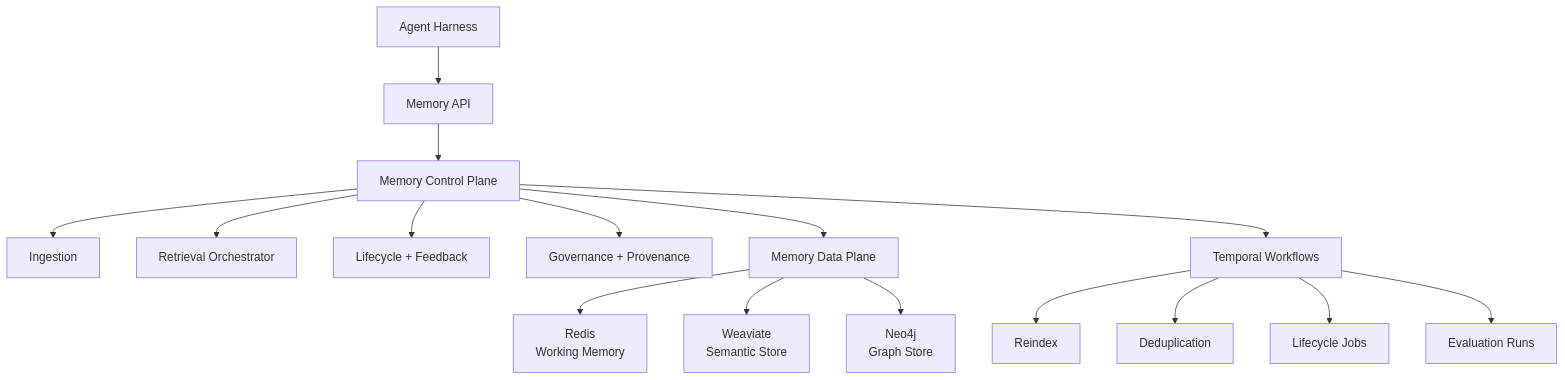
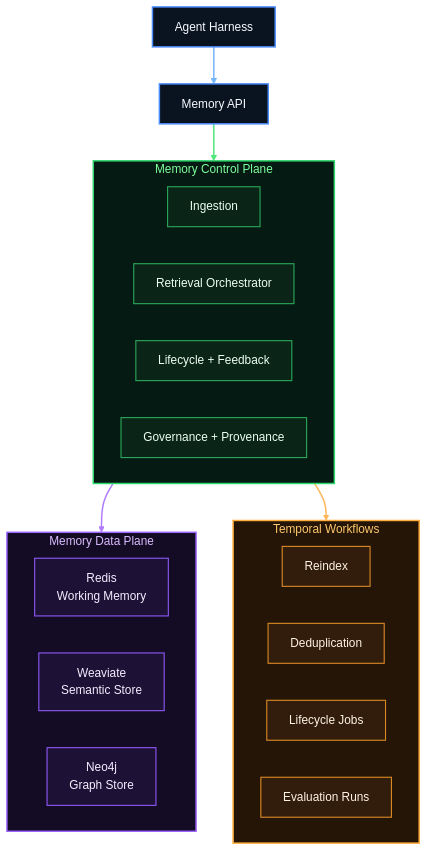
The diagram in README.md (EddiksonPena/Chronogram), drawn with Mermaid before and after one commit.

Commit message:
Refine README architecture styling

````diff
--- a/README.md
+++ b/README.md
@@ -61,20 +61,55 @@
 ```mermaid
 flowchart TD
-    A["Agent Harness"] --> B["Memory API"]
-    B --> C["Memory Control Plane"]
-    C --> C1["Ingestion"]
-    C --> C2["Retrieval Orchestrator"]
-    C --> C3["Lifecycle + Feedback"]
-    C --> C4["Governance + Provenance"]
+    A["Agent Harness"]
+    B["Memory API"]
 
-    C --> D["Memory Data Plane"]
-    D --> D1["Redis\nWorking Memory"]
-    D --> D2["Weaviate\nSemantic Store"]
-    D --> D3["Neo4j\nGraph Store"]
+    A --> B
 
-    C --> E["Temporal Workflows"]
-    E --> E1["Reindex"]
-    E --> E2["Deduplication"]
-    E --> E3["Lifecycle Jobs"]
-    E --> E4["Evaluation Runs"]
+    subgraph C["Memory Control Plane"]
+        direction LR
+        C1["Ingestion"]
+        C2["Retrieval Orchestrator"]
+        C3["Lifecycle + Feedback"]
+        C4["Governance + Provenance"]
+    end
+
+    subgraph D["Memory Data Plane"]
+        direction LR
+        D1["Redis<br/>Working Memory"]
+        D2["Weaviate<br/>Semantic Store"]
+        D3["Neo4j<br/>Graph Store"]
+    end
+
+    subgraph E["Temporal Workflows"]
+        direction LR
+        E1["Reindex"]
+        E2["Deduplication"]
+        E3["Lifecycle Jobs"]
+        E4["Evaluation Runs"]
+    end
+
+    B --> C
+    C --> D
+    C --> E
+
+    classDef top fill:#0a1320,stroke:#4c8dff,color:#f8fbff,stroke-width:2px;
+    classDef control fill:#051a12,stroke:#2fd66b,color:#7dff9d,stroke-width:2px;
+    classDef controlItem fill:#0a2418,stroke:#2aa85a,color:#ecfff1,stroke-width:1.5px;
+    classDef data fill:#140b24,stroke:#9d63ff,color:#d9bcff,stroke-width:2px;
+    classDef dataItem fill:#1d1236,stroke:#8d58f5,color:#f5edff,stroke-width:1.5px;
+    classDef workflow fill:#241507,stroke:#ffad3b,color:#ffc86a,stroke-width:2px;
+    classDef workflowItem fill:#321d0d,stroke:#d98924,color:#fff3e1,stroke-width:1.5px;
+
+    class A,B top;
+    class C control;
+    class C1,C2,C3,C4 controlItem;
+    class D data;
+    class D1,D2,D3 dataItem;
+    class E workflow;
+    class E1,E2,E3,E4 workflowItem;
+
+    linkStyle 0 stroke:#73b7ff,stroke-width:2px
+    linkStyle 1 stroke:#4de879,stroke-width:2px
+    linkStyle 2 stroke:#b07bff,stroke-width:2px
+    linkStyle 3 stroke:#ffb657,stroke-width:2px
 ```
````
